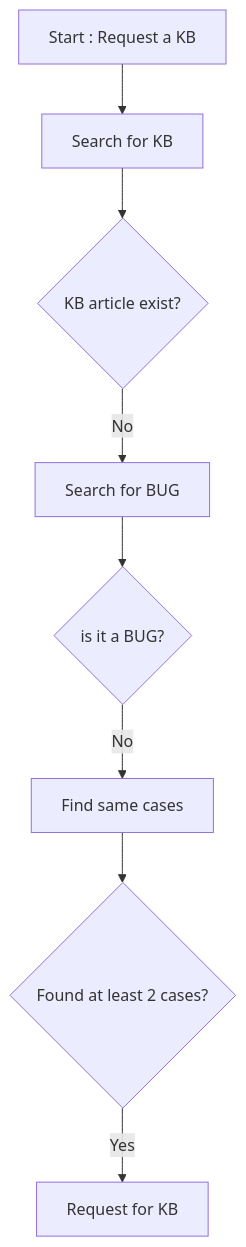
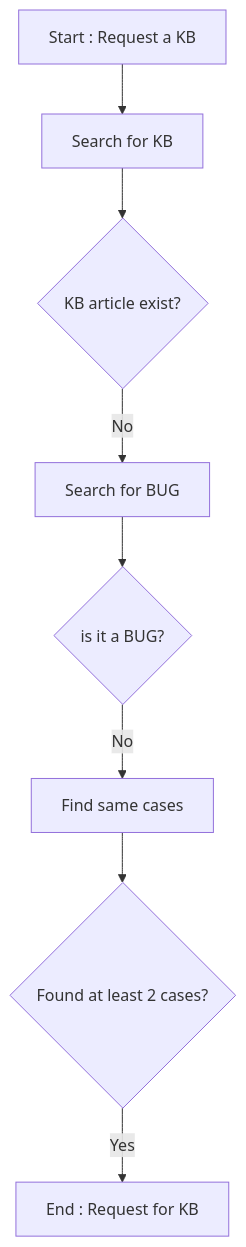
One commit to alexvea/KB changed the first of 3 diagrams in README.md. Above: the diagram before and after it, drawn with Mermaid. The commit also changed other lines of this file, not shown here.

````diff
--- a/README.md
+++ b/README.md
@@ -132,10 +132,10 @@
 ```mermaid
 flowchart TD
 A[Start : Request a KB] --> B[Search for KB];
 B[Search for KB] --> C{KB article exist?};
 C -- No --> D[Search for BUG];
 D[Search for BUG] --> E{is it a BUG?};
 E -- No --> F[Find same cases];
 F[Find same cases] --> G{Found at least 2 cases?};
-G -- Yes --> H[Request for KB];
+G -- Yes --> H[End : Request for KB];
 ```
````
